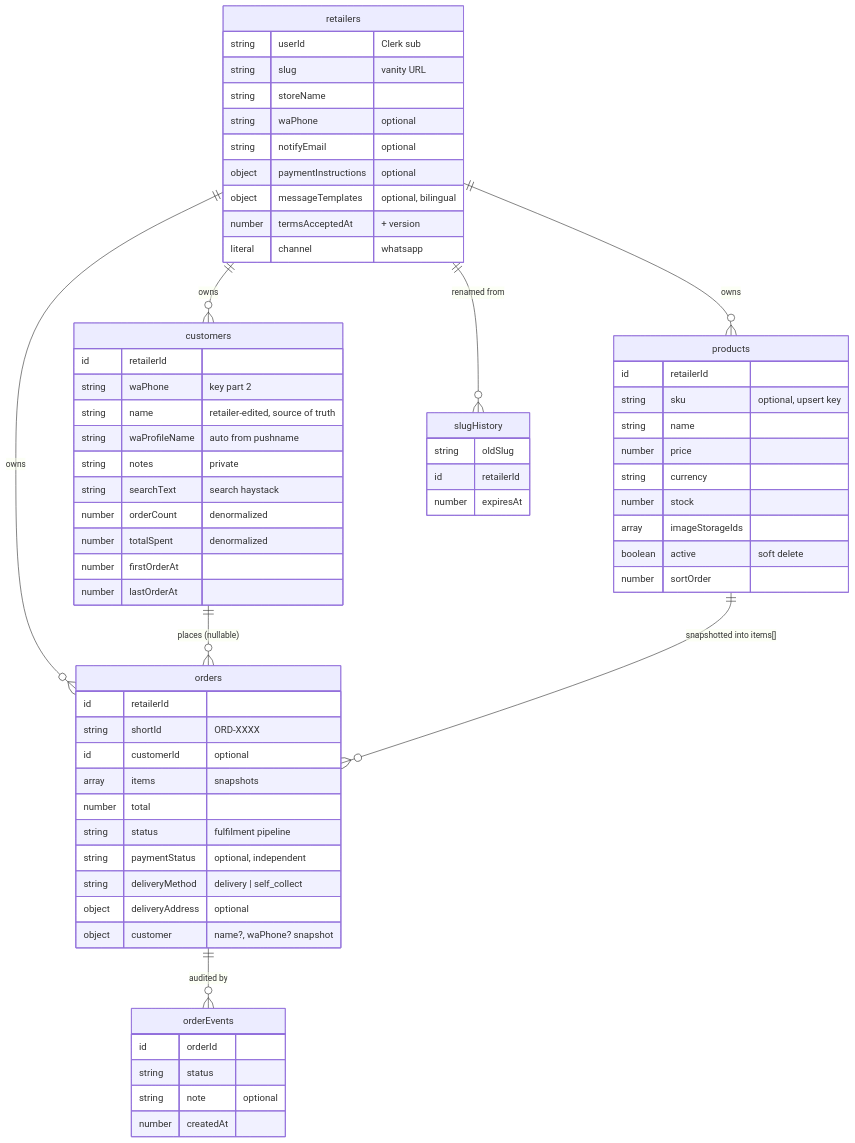
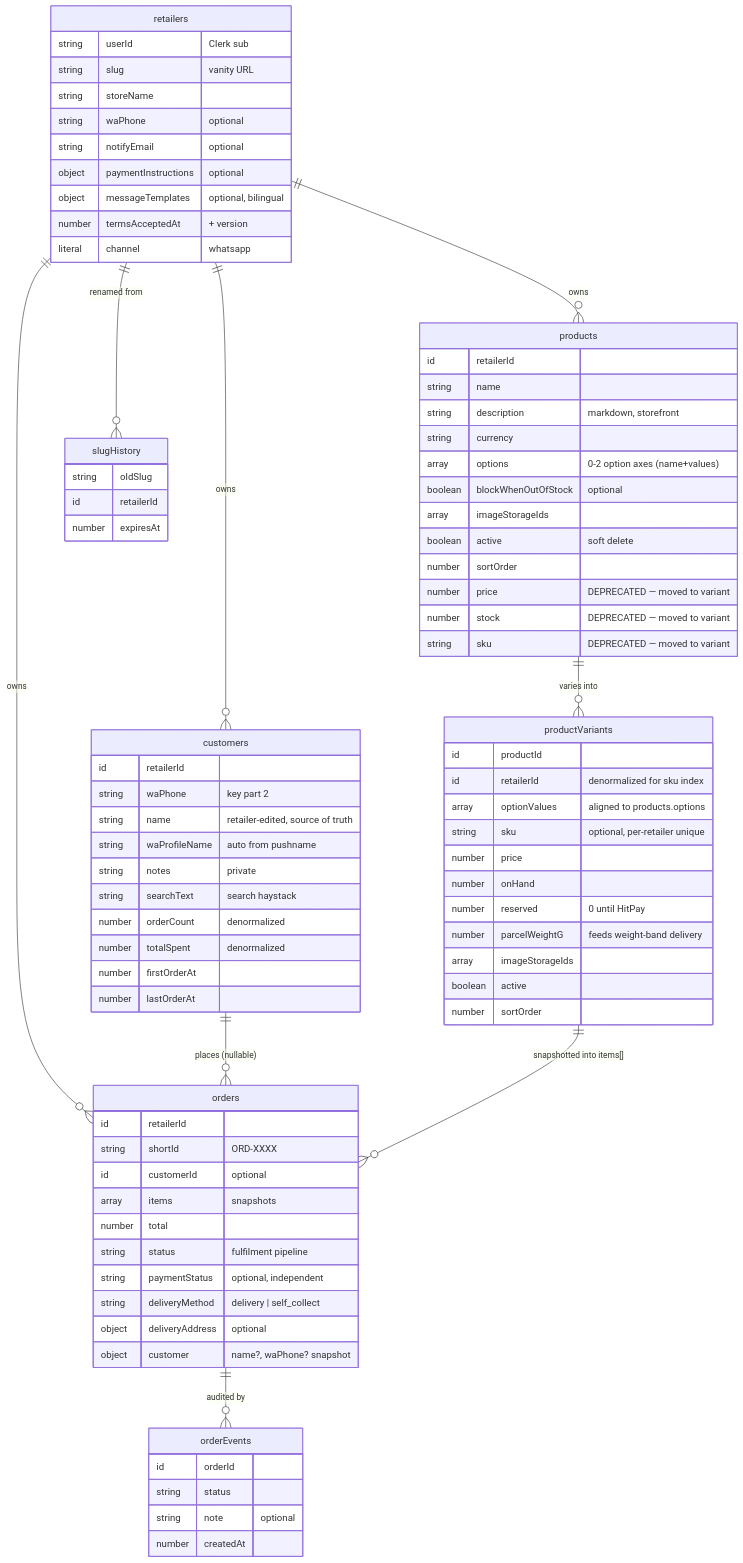
Before and after one commit to Kedaipal/kedaipal: the diagram in docs/data-model.md, drawn with Mermaid. The commit also changed other lines of this file and 7 other files, not shown here.

```diff
--- a/docs/data-model.md
+++ b/docs/data-model.md
@@ -19,7 +19,8 @@
     retailers ||--o{ slugHistory : "renamed from"
     customers ||--o{ orders : "places (nullable)"
     orders ||--o{ orderEvents : "audited by"
-    products ||--o{ orders : "snapshotted into items[]"
+    products ||--o{ productVariants : "varies into"
+    productVariants ||--o{ orders : "snapshotted into items[]"
 
     retailers {
         string userId "Clerk sub"
@@ -46,13 +47,29 @@
     }
     products {
         id retailerId
-        string sku "optional, upsert key"
         string name
-        number price
+        string description "markdown, storefront"
         string currency
-        number stock
+        array options "0-2 option axes (name+values)"
+        boolean blockWhenOutOfStock "optional"
         array imageStorageIds
         boolean active "soft delete"
+        number sortOrder
+        number price "DEPRECATED — moved to variant"
+        number stock "DEPRECATED — moved to variant"
+        string sku "DEPRECATED — moved to variant"
+    }
+    productVariants {
+        id productId
+        id retailerId "denormalized for sku index"
+        array optionValues "aligned to products.options"
+        string sku "optional, per-retailer unique"
+        number price
+        number onHand
+        number reserved "0 until HitPay"
+        number parcelWeightG "feeds weight-band delivery"
+        array imageStorageIds
+        boolean active
         number sortOrder
     }
     orders {
```
